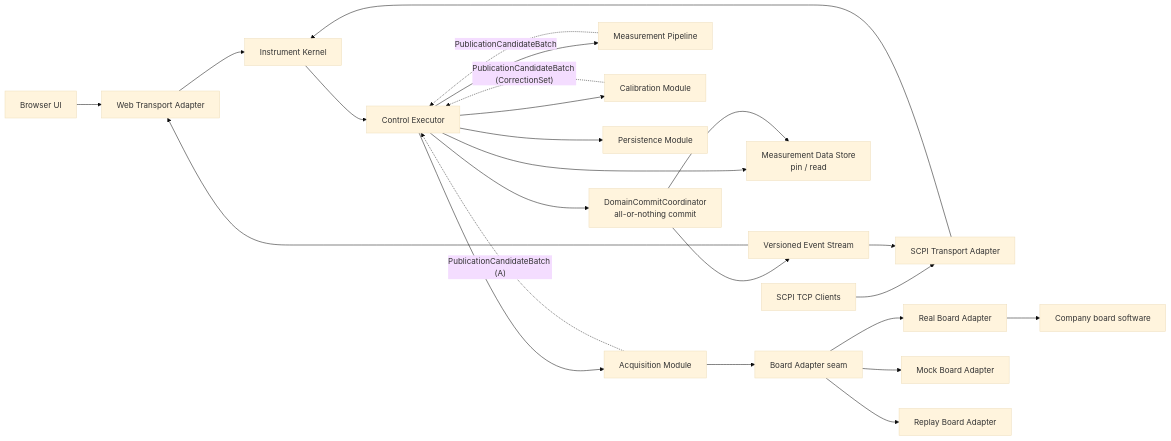
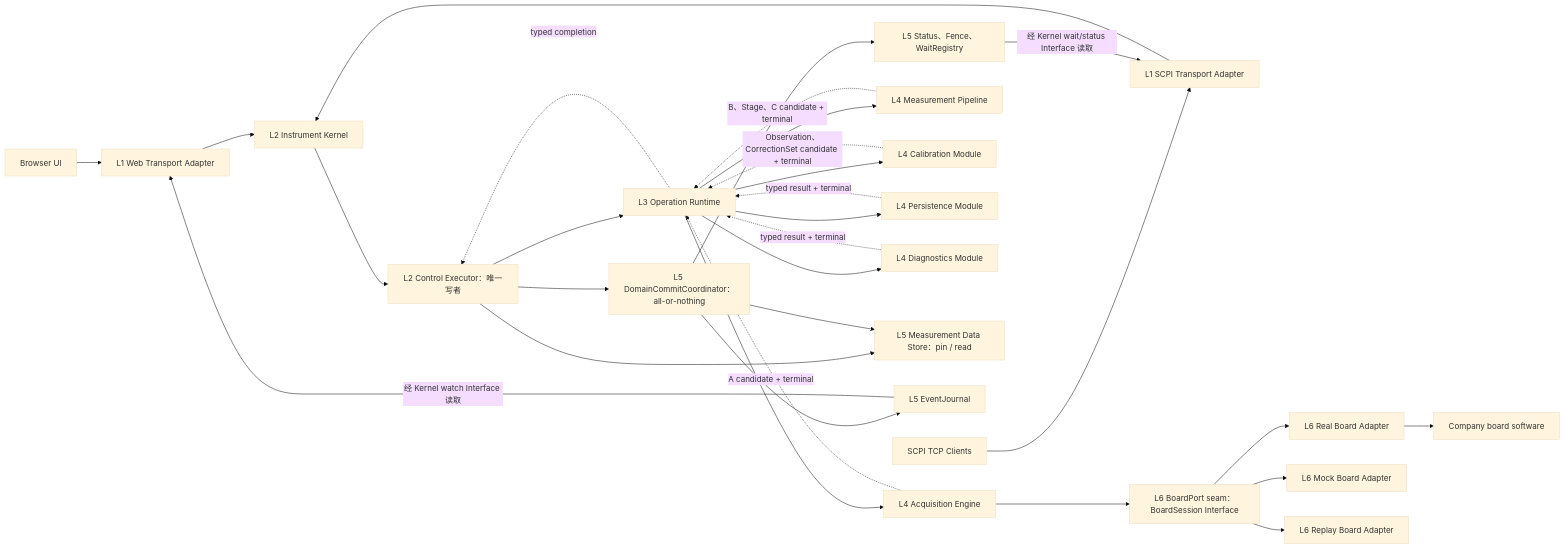
The first of 5 diagrams in docs/design/system-architecture.md (aniping/VNA), drawn with Mermaid (base theme) before and after one commit. The commit also changed other lines of this file and 6 other files, not shown here.

````diff
--- a/docs/design/system-architecture.md
+++ b/docs/design/system-architecture.md
@@ -69,26 +75,32 @@
 ```mermaid
 flowchart LR
-    Browser["Browser UI"] --> Web["Web Transport Adapter"]
-    ScpiClient["SCPI TCP Clients"] --> SCPI["SCPI Transport Adapter"]
-    Web --> Kernel["Instrument Kernel"]
+    Browser["Browser UI"] --> Web["L1 Web Transport Adapter"]
+    ScpiClient["SCPI TCP Clients"] --> SCPI["L1 SCPI Transport Adapter"]
+    Web --> Kernel["L2 Instrument Kernel"]
     SCPI --> Kernel
-    Kernel --> Control["Control Executor"]
-    Control --> Acquisition["Acquisition Module"]
-    Control --> Pipeline["Measurement Pipeline"]
-    Control --> Calibration["Calibration Module"]
-    Control --> Persistence["Persistence Module"]
-    Acquisition -. "PublicationCandidateBatch (A)" .-> Control
-    Pipeline -. "PublicationCandidateBatch" .-> Control
-    Calibration -. "PublicationCandidateBatch (CorrectionSet)" .-> Control
-    Control --> DataStore["Measurement Data Store<br/>pin / read"]
-    Control --> Commit["DomainCommitCoordinator<br/>all-or-nothing commit"]
+    Kernel --> Control["L2 Control Executor：唯一写者"]
+    Control --> Runtime["L3 Operation Runtime"]
+    Runtime --> Acquisition["L4 Acquisition Engine"]
+    Runtime --> Pipeline["L4 Measurement Pipeline"]
+    Runtime --> Calibration["L4 Calibration Module"]
+    Runtime --> Persistence["L4 Persistence Module"]
+    Runtime --> Diagnostics["L4 Diagnostics Module"]
+    Acquisition -.->|"A candidate + terminal"| Runtime
+    Pipeline -.->|"B、Stage、C candidate + terminal"| Runtime
+    Calibration -.->|"Observation、CorrectionSet candidate + terminal"| Runtime
+    Persistence -.->|"typed result + terminal"| Runtime
+    Diagnostics -.->|"typed result + terminal"| Runtime
+    Runtime -.->|"typed completion"| Control
+    Control --> DataStore["L5 Measurement Data Store：pin / read"]
+    Control --> Commit["L5 DomainCommitCoordinator：all-or-nothing"]
     Commit --> DataStore
-    Acquisition --> BoardPort["Board Adapter seam"]
-    BoardPort --> Real["Real Board Adapter"]
-    BoardPort --> Mock["Mock Board Adapter"]
-    BoardPort --> Replay["Replay Board Adapter"]
+    Acquisition --> BoardPort["L6 BoardPort seam：BoardSession Interface"]
+    BoardPort --> Real["L6 Real Board Adapter"]
+    BoardPort --> Mock["L6 Mock Board Adapter"]
+    BoardPort --> Replay["L6 Replay Board Adapter"]
     Real --> Bottom["Company board software"]
-    Commit --> Events["Versioned Event Stream"]
-    Events --> Web
-    Events --> SCPI
+    Commit --> Events["L5 EventJournal"]
+    Commit --> Wait["L5 Status、Fence、WaitRegistry"]
+    Events -->|"经 Kernel watch Interface 读取"| Web
+    Wait -->|"经 Kernel wait/status Interface 读取"| SCPI
 ```
````
